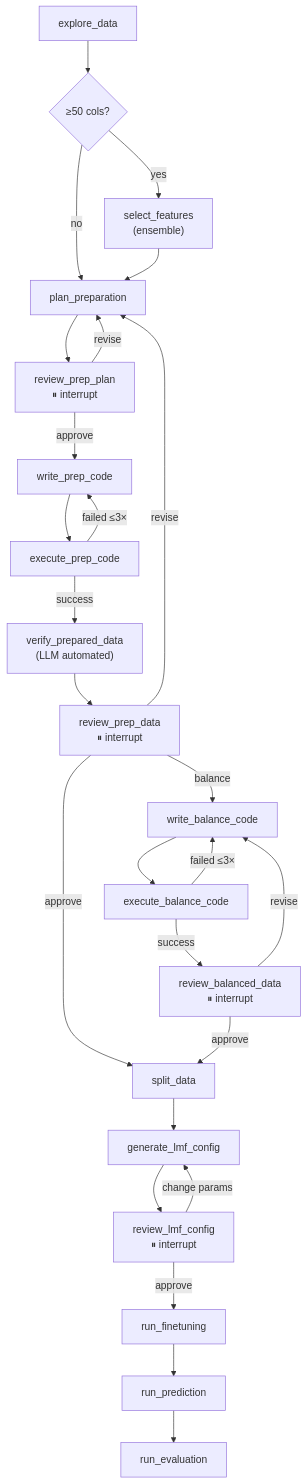
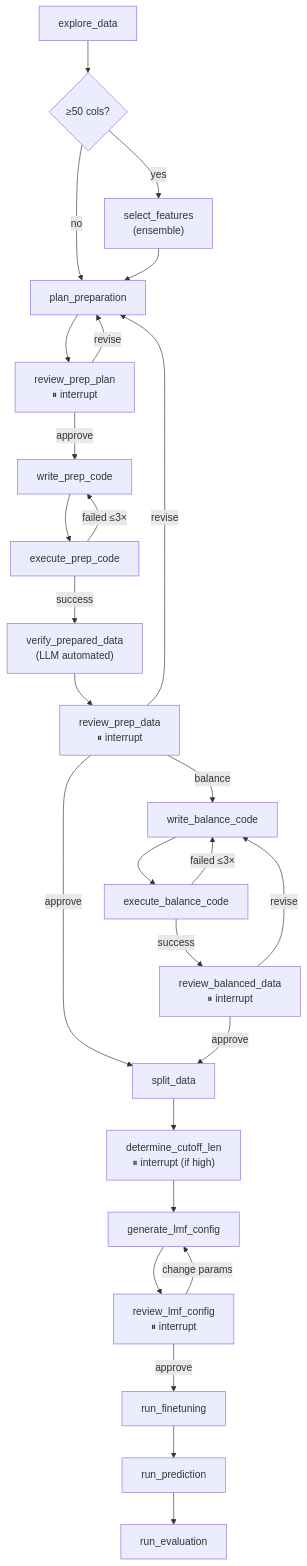
One commit to Qingtian-Zou/auto-llm-predictor changed the diagram in README.md. Above: the diagram before and after it, drawn with Mermaid. The commit also changed other lines of this file and 11 other files, not shown here.

````diff
--- a/README.md
+++ b/README.md
@@ -9,28 +9,29 @@
 ```mermaid
 graph TD
     A["explore_data"] --> B{"≥50 cols?"}
     B -->|yes| FS["select_features<br/>(ensemble)"]
     B -->|no| C["plan_preparation"]
     FS --> C
     C --> RP["review_prep_plan<br/>⏸ interrupt"]
     RP -->|approve| D["write_prep_code"]
     RP -->|revise| C
     D --> E["execute_prep_code"]
     E -->|failed ≤3×| D
     E -->|success| V["verify_prepared_data<br/>(LLM automated)"]
     V --> R1["review_prep_data<br/>⏸ interrupt"]
     R1 -->|approve| S["split_data"]
     R1 -->|balance| WB["write_balance_code"]
     R1 -->|revise| C
     WB --> EB["execute_balance_code"]
     EB -->|failed ≤3×| WB
     EB -->|success| RB["review_balanced_data<br/>⏸ interrupt"]
     RB -->|approve| S
     RB -->|revise| WB
-    S --> F["generate_lmf_config"]
+    S --> CL["determine_cutoff_len<br/>⏸ interrupt (if high)"]
+    CL --> F["generate_lmf_config"]
     F --> R2["review_lmf_config<br/>⏸ interrupt"]
     R2 -->|approve| G["run_finetuning"]
     R2 -->|change params| F
     G --> H["run_prediction"]
     H --> I["run_evaluation"]
 ```
````
